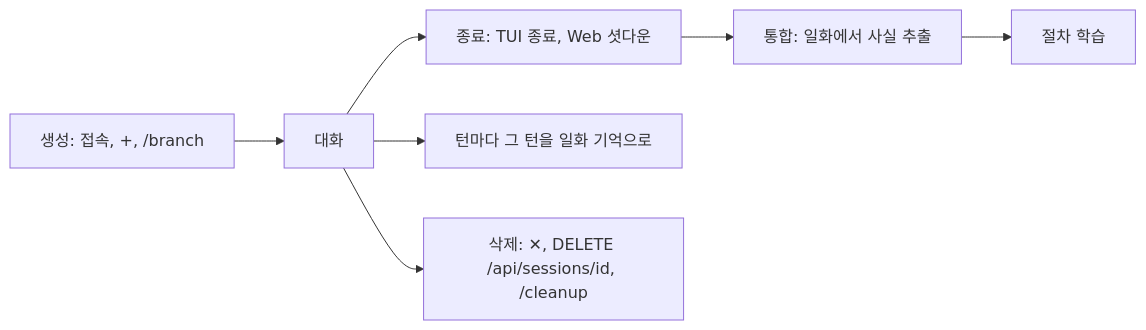
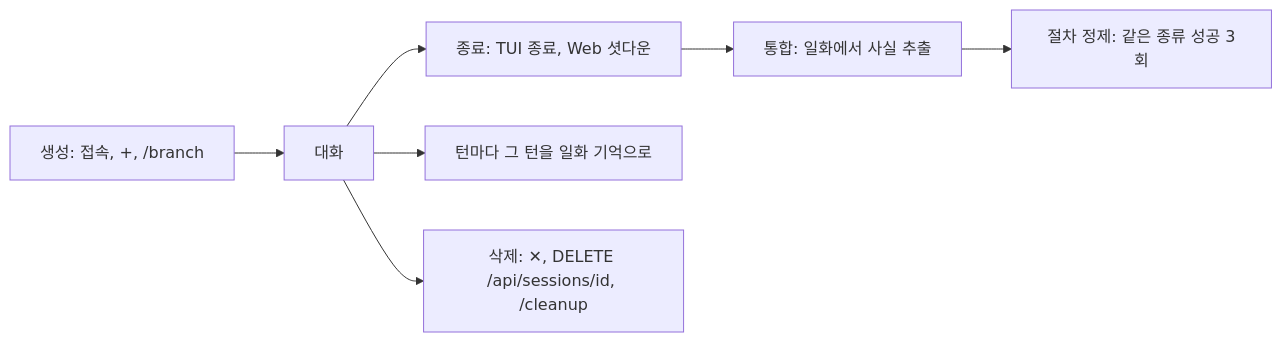
The first of 2 diagrams in website/docs/concepts/conversation/sessions.md (ash-hun/jarvis-agent), drawn with Mermaid before and after one commit. The commit also changed 17 other files, not shown here.

````diff
--- a/website/docs/concepts/conversation/sessions.md
+++ b/website/docs/concepts/conversation/sessions.md
@@ -42,9 +42,9 @@
 ```mermaid
 flowchart LR
   C[생성: 접속, +, /branch] --> A[대화]
   A --> E[종료: TUI 종료, Web 셧다운]
   A --> T[턴마다 그 턴을 일화 기억으로]
   E --> S2[통합: 일화에서 사실 추출]
-  S2 --> S3[절차 학습]
+  S2 --> S3[절차 정제: 같은 종류 성공 3회]
   A --> D[삭제: ✕, DELETE /api/sessions/id, /cleanup]
 ```
````
